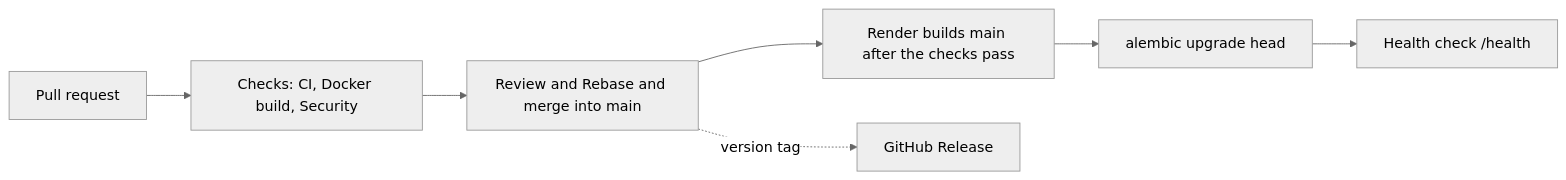
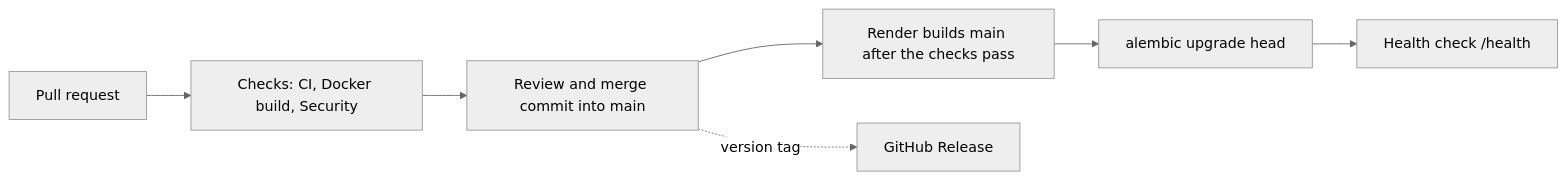
One commit to metezd/OmniLog changed the second of 2 diagrams in docs/deployment.md. Above: the diagram before and after it, drawn with Mermaid (neutral theme). The commit also changed other lines of this file and 3 other files, not shown here.

````diff
--- a/docs/deployment.md
+++ b/docs/deployment.md
@@ -158,9 +158,9 @@
 ```mermaid
 flowchart LR
     PR[Pull request] --> CI[Checks: CI, Docker build, Security]
-    CI --> R[Review and Rebase and merge into main]
+    CI --> R[Review and merge commit into main]
     R --> RD[Render builds main after the checks pass]
     RD --> MG[alembic upgrade head]
     MG --> HC[Health check /health]
     R -.->|version tag| REL[GitHub Release]
 ```
````
